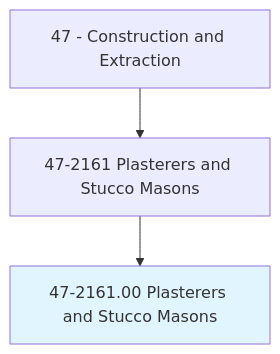
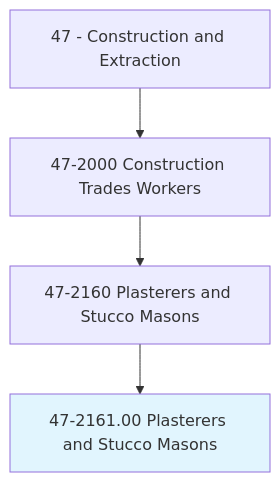
The first of 4 diagrams in occupations/Construction/PlasterersAndStuccoMasons.mdx (kziemski/business.org.ai), drawn with Mermaid before and after one commit. The commit also changed other lines of this file and 938 other files, not shown here.

````diff
--- a/occupations/Construction/PlasterersAndStuccoMasons.mdx
+++ b/occupations/Construction/PlasterersAndStuccoMasons.mdx
@@ -19,6 +23,7 @@
 ```mermaid
 graph TD
-    Cat47["47 - Construction and Extraction"] --> Group472161["47-2161 Plasterers and Stucco Masons"]
-    Group472161 --> Current["47-2161.00 Plasterers and Stucco Masons"]
+    Cat47["47 - Construction and Extraction"] --> Group472["47-2000 Construction Trades Workers"]
+    Group472 --> Group4721["47-2160 Plasterers and Stucco Masons"]
+    Group4721 --> Current["47-2161.00 Plasterers and Stucco Masons"]
     style Current fill:#e1f5fe
 ```
````
